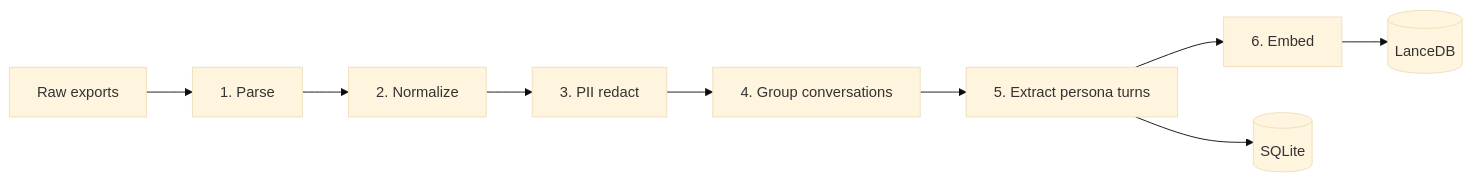
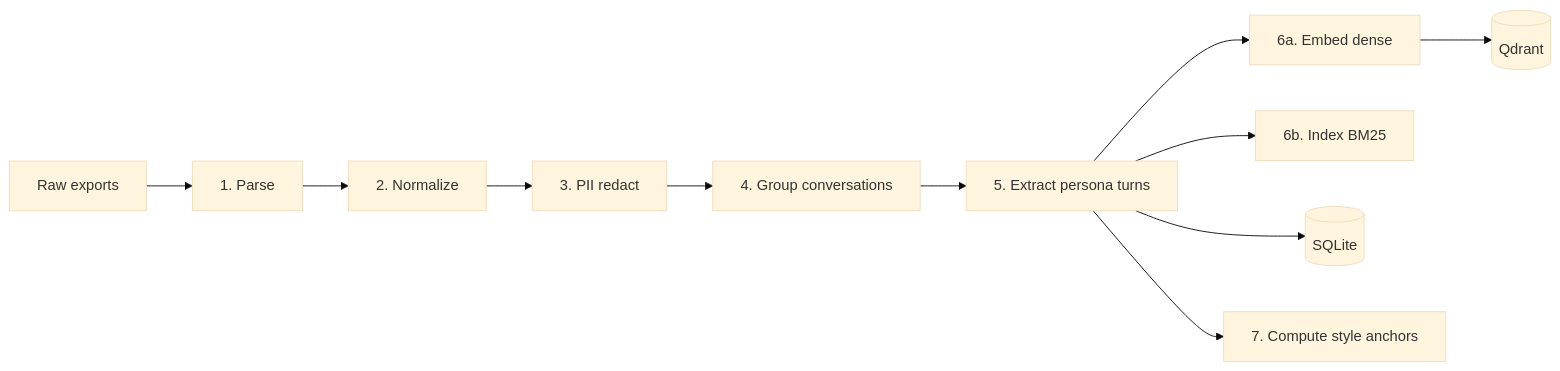
One commit to BohdanChuprynka/Persona-RAG changed the diagram in docs/DATA-PIPELINE.md. Above: the diagram before and after it, drawn with Mermaid (base theme). The commit also changed other lines of this file and 15 other files, not shown here.

````diff
--- a/docs/DATA-PIPELINE.md
+++ b/docs/DATA-PIPELINE.md
@@ -24,11 +27,13 @@
 ```mermaid
 flowchart LR
     A[Raw exports] --> B[1. Parse]
     B --> C[2. Normalize]
     C --> D[3. PII redact]
     D --> E[4. Group conversations]
     E --> F[5. Extract persona turns]
-    F --> G[6. Embed]
-    G --> H[(LanceDB)]
+    F --> G[6a. Embed dense]
+    F --> BM[6b. Index BM25]
+    G --> H[(Qdrant)]
     F --> I[(SQLite)]
+    F --> SA[7. Compute style anchors]
 ```
````
